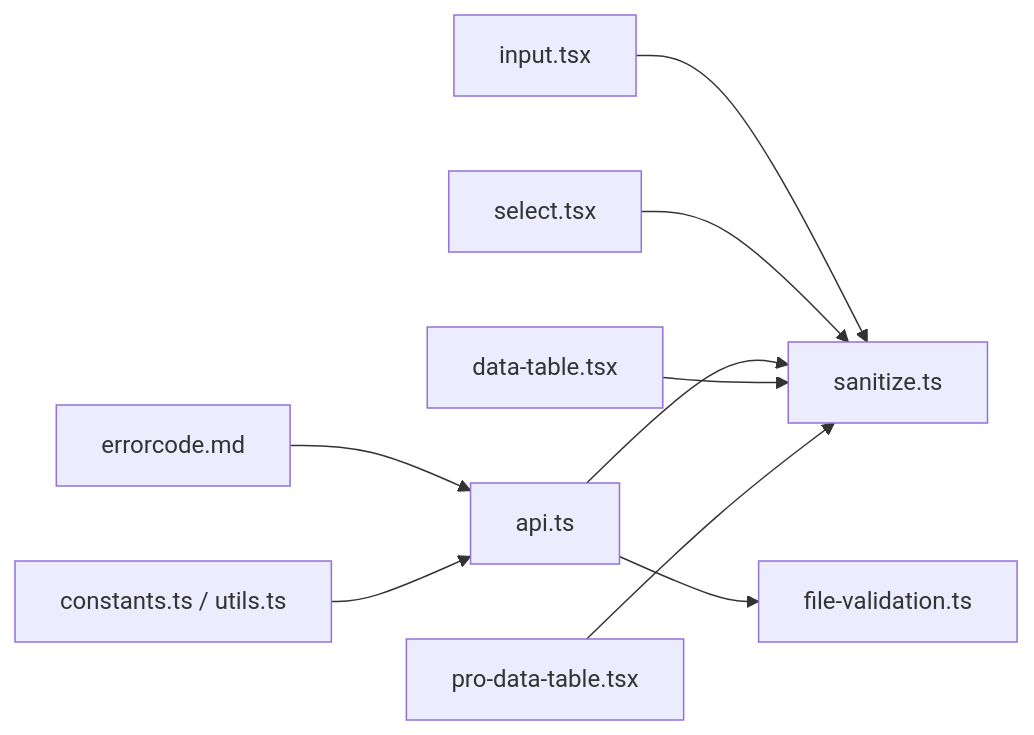
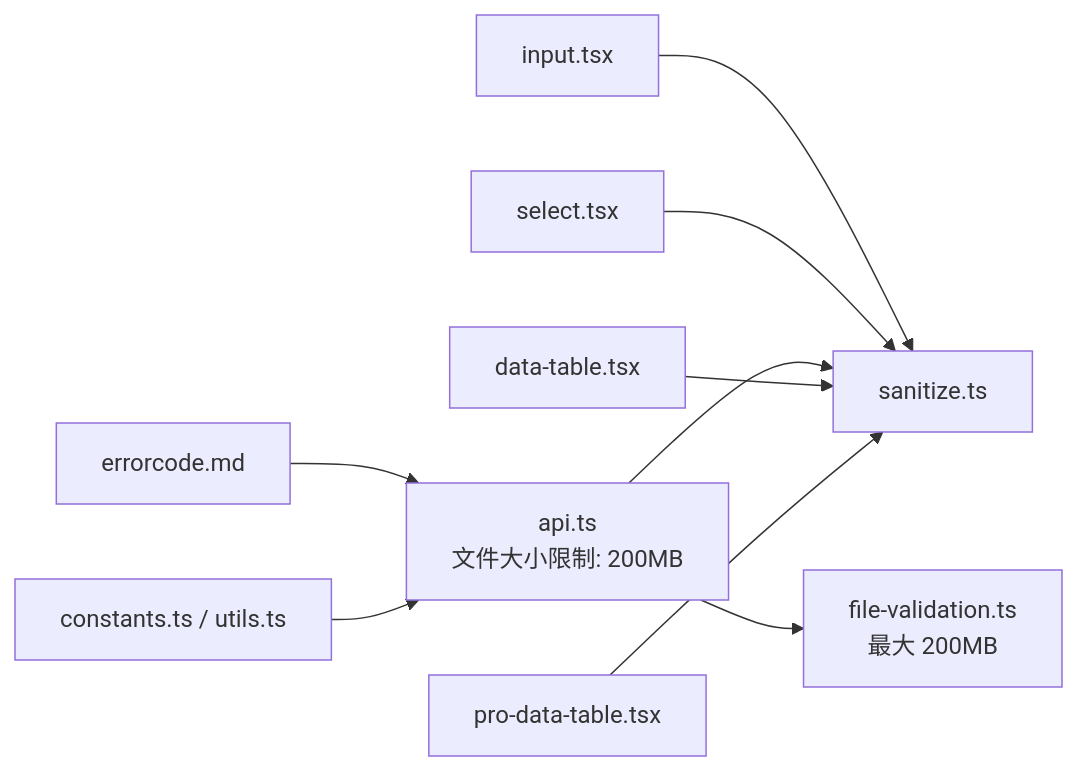
The eighth of 8 diagrams in .qoder/repowiki/zh/content/安全指南/输入验证与输出编码.md (Damao997/newproject), drawn with Mermaid before and after one commit. The commit also changed other lines of this file and 24 other files, not shown here.

````diff
--- a/.qoder/repowiki/zh/content/安全指南/输入验证与输出编码.md
+++ b/.qoder/repowiki/zh/content/安全指南/输入验证与输出编码.md
@@ -357,11 +368,11 @@
 ```mermaid
 graph LR
 Input["input.tsx"] --> Sanitize["sanitize.ts"]
 Select["select.tsx"] --> Sanitize
-API["api.ts"] --> Sanitize
-API --> FileVal["file-validation.ts"]
+API["api.ts<br/>文件大小限制: 200MB"] --> Sanitize
+API --> FileVal["file-validation.ts<br/>最大 200MB"]
 Table["data-table.tsx"] --> Sanitize
 ProTable["pro-data-table.tsx"] --> Sanitize
 ErrorRef["errorcode.md"] --> API
 Utils["constants.ts / utils.ts"] --> API
 ```
````
